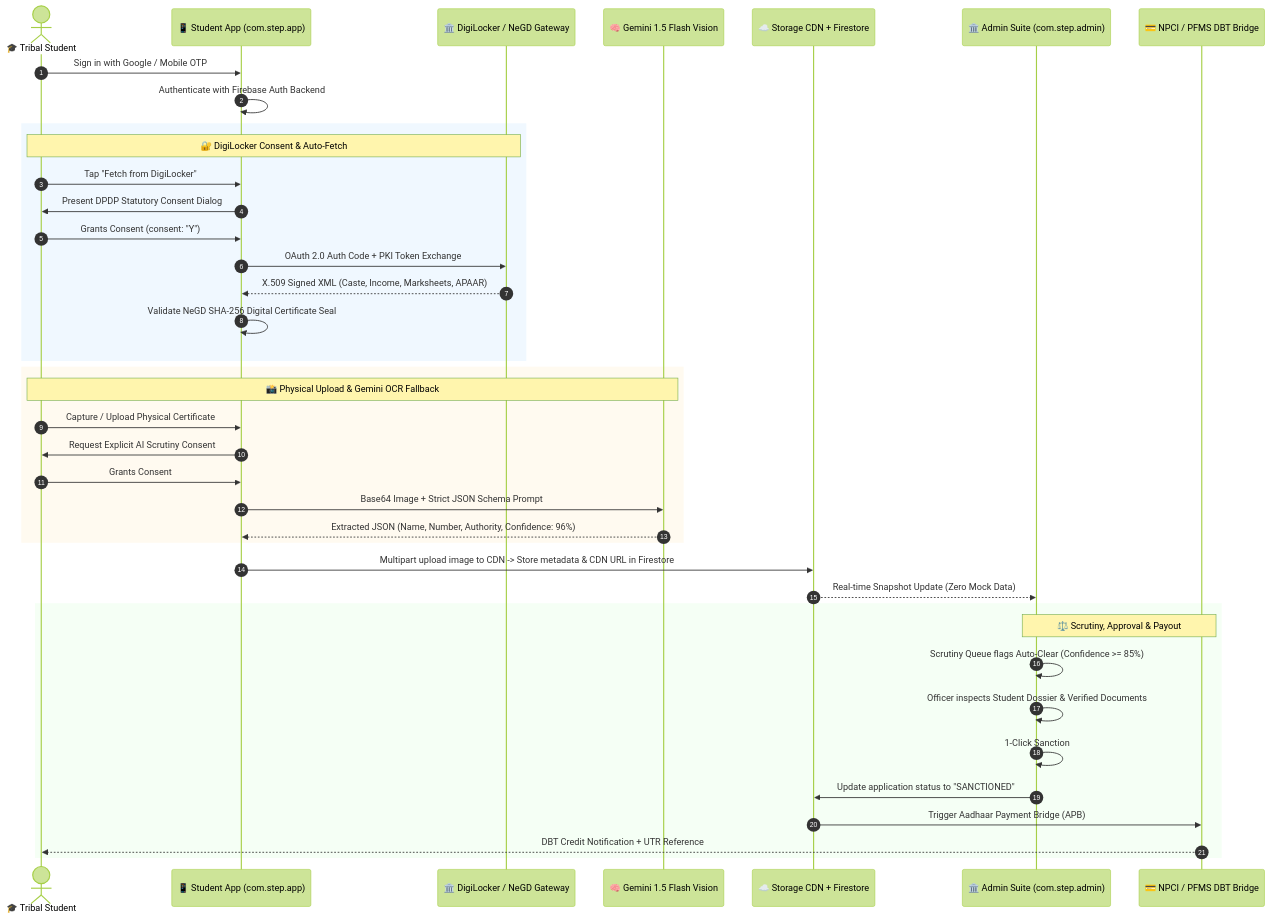
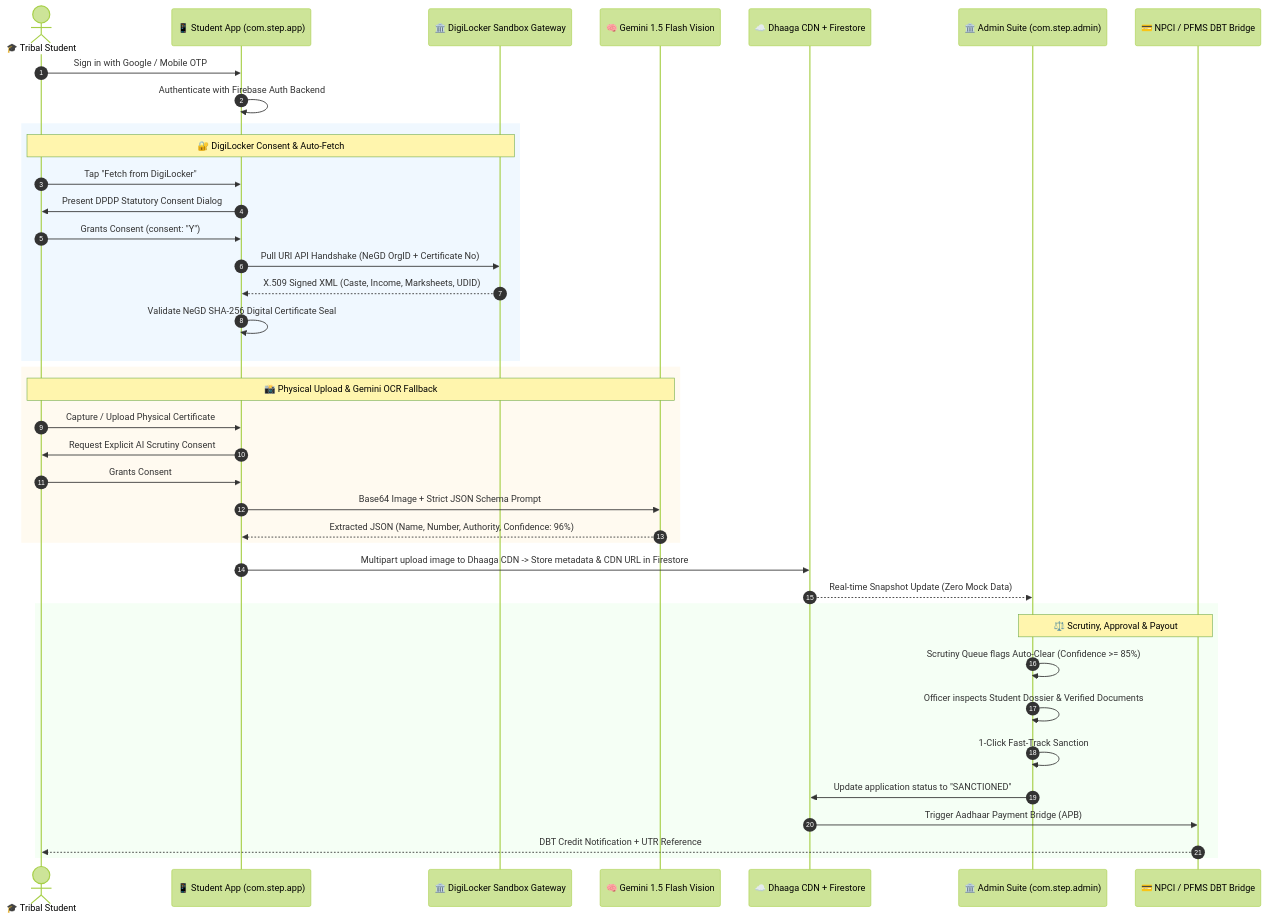
The diagram in README.md (gtxPrime/STeP), drawn with Mermaid (forest theme) before and after one commit. The commit also changed other lines of this file and 2 other files, not shown here.

Commit message:
docs: update README and CHANGELOG with DigiLocker sandbox architecture, sovereign AI, and v1.2.0 release artifacts

````diff
--- a/README.md
+++ b/README.md
@@ -42,46 +69,46 @@
 ```mermaid
 sequenceDiagram
     autonumber
     actor Student as 🎓 Tribal Student
     participant App as 📱 Student App (com.step.app)
-    participant DigiLocker as 🏛️ DigiLocker / NeGD Gateway
+    participant DigiLocker as 🏛️ DigiLocker Sandbox Gateway
     participant Gemini as 🧠 Gemini 1.5 Flash Vision
-    participant Storage as ☁️ Storage CDN + Firestore
+    participant Storage as ☁️ Dhaaga CDN + Firestore
     participant Admin as 🏛️ Admin Suite (com.step.admin)
     participant PFMS as 💳 NPCI / PFMS DBT Bridge
 
     Student->>App: Sign in with Google / Mobile OTP
     App->>App: Authenticate with Firebase Auth Backend
     
     rect rgb(240, 248, 255)
         Note over Student, DigiLocker: 🔐 DigiLocker Consent & Auto-Fetch
         Student->>App: Tap "Fetch from DigiLocker"
         App->>Student: Present DPDP Statutory Consent Dialog
         Student->>App: Grants Consent (consent: "Y")
-        App->>DigiLocker: OAuth 2.0 Auth Code + PKI Token Exchange
-        DigiLocker-->>App: X.509 Signed XML (Caste, Income, Marksheets, APAAR)
+        App->>DigiLocker: Pull URI API Handshake (NeGD OrgID + Certificate No)
+        DigiLocker-->>App: X.509 Signed XML (Caste, Income, Marksheets, UDID)
         App->>App: Validate NeGD SHA-256 Digital Certificate Seal
     end
 
     rect rgb(255, 250, 240)
         Note over Student, Gemini: 📸 Physical Upload & Gemini OCR Fallback
         Student->>App: Capture / Upload Physical Certificate
         App->>Student: Request Explicit AI Scrutiny Consent
         Student->>App: Grants Consent
         App->>Gemini: Base64 Image + Strict JSON Schema Prompt
         Gemini-->>App: Extracted JSON (Name, Number, Authority, Confidence: 96%)
     end
 
-    App->>Storage: Multipart upload image to CDN -> Store metadata & CDN URL in Firestore
+    App->>Storage: Multipart upload image to Dhaaga CDN -> Store metadata & CDN URL in Firestore
     Storage-->>Admin: Real-time Snapshot Update (Zero Mock Data)
 
     rect rgb(245, 255, 245)
         Note over Admin, PFMS: ⚖️ Scrutiny, Approval & Payout
         Admin->>Admin: Scrutiny Queue flags Auto-Clear (Confidence >= 85%)
         Admin->>Admin: Officer inspects Student Dossier & Verified Documents
-        Admin->>Admin: 1-Click Sanction
+        Admin->>Admin: 1-Click Fast-Track Sanction
         Admin->>Storage: Update application status to "SANCTIONED"
         Storage->>PFMS: Trigger Aadhaar Payment Bridge (APB)
         PFMS-->>Student: DBT Credit Notification + UTR Reference
     end
 ```
````
